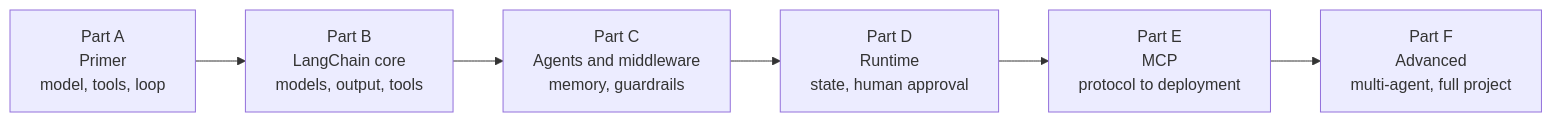
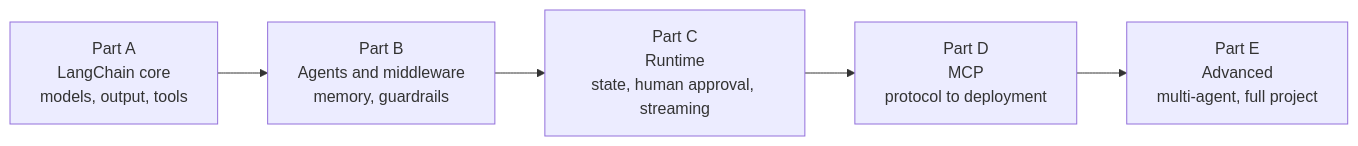
The diagram in books/agentic-ai/chapters/home.md (kiaanwankhede/MyNotes), drawn with Mermaid before and after one commit. The commit also changed other lines of this file and 60 other files, not shown here.

````diff
--- a/books/agentic-ai/chapters/home.md
+++ b/books/agentic-ai/chapters/home.md
@@ -39,8 +43,7 @@
 ```mermaid
 flowchart LR
-    A["Part A<br/>Primer<br/>model, tools, loop"] --> B["Part B<br/>LangChain core<br/>models, output, tools"]
-    B --> C["Part C<br/>Agents and middleware<br/>memory, guardrails"]
-    C --> D["Part D<br/>Runtime<br/>state, human approval"]
-    D --> E["Part E<br/>MCP<br/>protocol to deployment"]
-    E --> F["Part F<br/>Advanced<br/>multi-agent, full project"]
+    A["Part A<br/>LangChain core<br/>models, output, tools"] --> B["Part B<br/>Agents and middleware<br/>memory, guardrails"]
+    B --> C["Part C<br/>Runtime<br/>state, human approval, streaming"]
+    C --> D["Part D<br/>MCP<br/>protocol to deployment"]
+    D --> E["Part E<br/>Advanced<br/>multi-agent, full project"]
 ```
````
